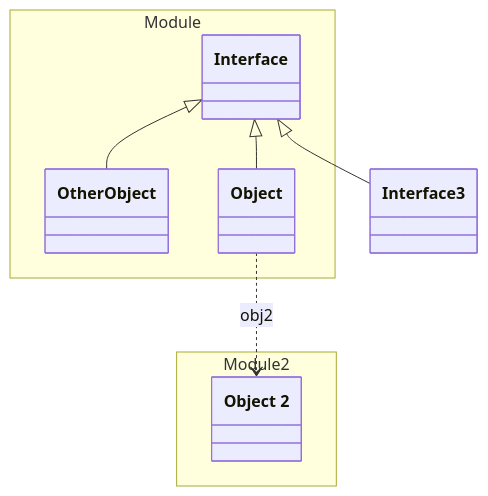
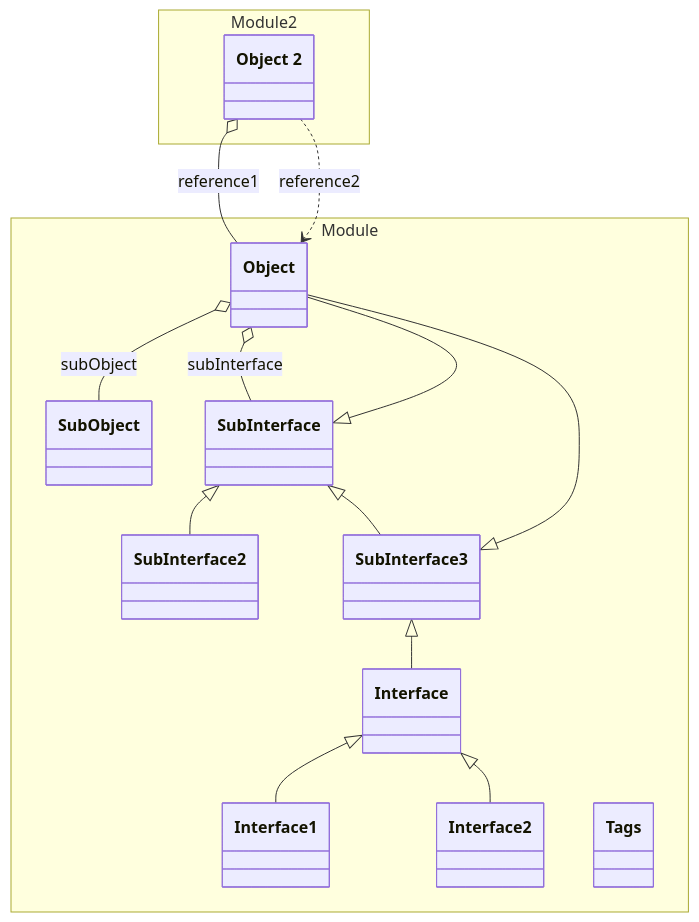
Before and after one commit to lizzyTheLizard/domain-schema-documentation: the diagram in tests/java/expected/Module/README.md, drawn with Mermaid. The commit also changed other lines of this file and 109 other files, not shown here.

````diff
--- a/tests/java/expected/Module/README.md
+++ b/tests/java/expected/Module/README.md
@@ -7,19 +11,38 @@
 ```mermaid
 classDiagram
 namespace Module {
-  class _Module_Interface_yaml["Interface"]
-  class OtherObject["OtherObject"]
+  class _Module_Interface_yml["Interface"]
+  class Interface1["Interface1"]
+  class Interface2["Interface2"]
   class _Module_Object_yaml["Object"]
+  class SubObject["SubObject"]
+  class SubInterface["SubInterface"]
+  class SubInterface2["SubInterface2"]
+  class SubInterface3["SubInterface3"]
+  class _Module_Tags_yaml["Tags"]
 }
 namespace Module 2 {
   class _Module2_Object2_yaml["Object 2"]
 }
-_Module_Interface_yaml <|-- _Module_Object_yaml 
-_Module_Interface_yaml <|-- OtherObject 
-_Module_Interface_yaml <|-- Interface3 
-_Module_Object_yaml ..> _Module2_Object2_yaml :obj2
-click _Module_Interface_yaml href "./Interface.yaml.html" "Interface"
-click OtherObject href "./Interface.yaml.html" "Interface"
+_Module2_Object2_yaml o-- _Module_Object_yaml :reference1
+_Module2_Object2_yaml ..> _Module_Object_yaml :reference2
+_Module_Interface_yml <|-- Interface1 
+_Module_Interface_yml <|-- Interface2 
+_Module_Object_yaml o-- SubObject :subObject
+_Module_Object_yaml o-- SubInterface :subInterface
+SubInterface <|-- _Module_Object_yaml 
+SubInterface <|-- SubInterface2 
+SubInterface <|-- SubInterface3 
+SubInterface3 <|-- _Module_Object_yaml 
+SubInterface3 <|-- _Module_Interface_yml 
+click _Module_Interface_yml href "./Interface.yml.html" "Interface"
+click Interface1 href "./Interface.yml.html" "Interface"
+click Interface2 href "./Interface.yml.html" "Interface"
 click _Module_Object_yaml href "./Object.yaml.html" "Object"
+click SubObject href "./Object.yaml.html" "Object"
+click SubInterface href "./Object.yaml.html" "Object"
+click SubInterface2 href "./Object.yaml.html" "Object"
+click SubInterface3 href "./Object.yaml.html" "Object"
+click _Module_Tags_yaml href "./Tags.yaml.html" "Tags"
 click _Module2_Object2_yaml href "../Module2/Object2.yaml.html" "Object 2"
 ```
````
